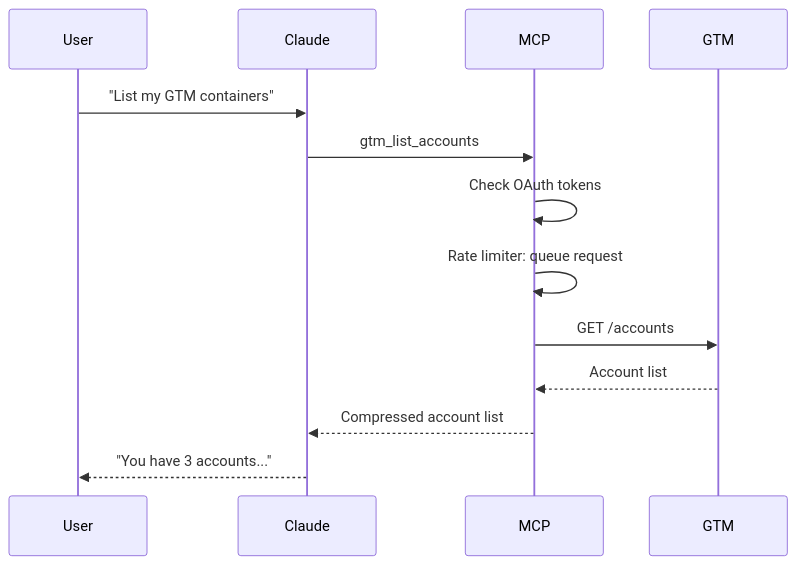
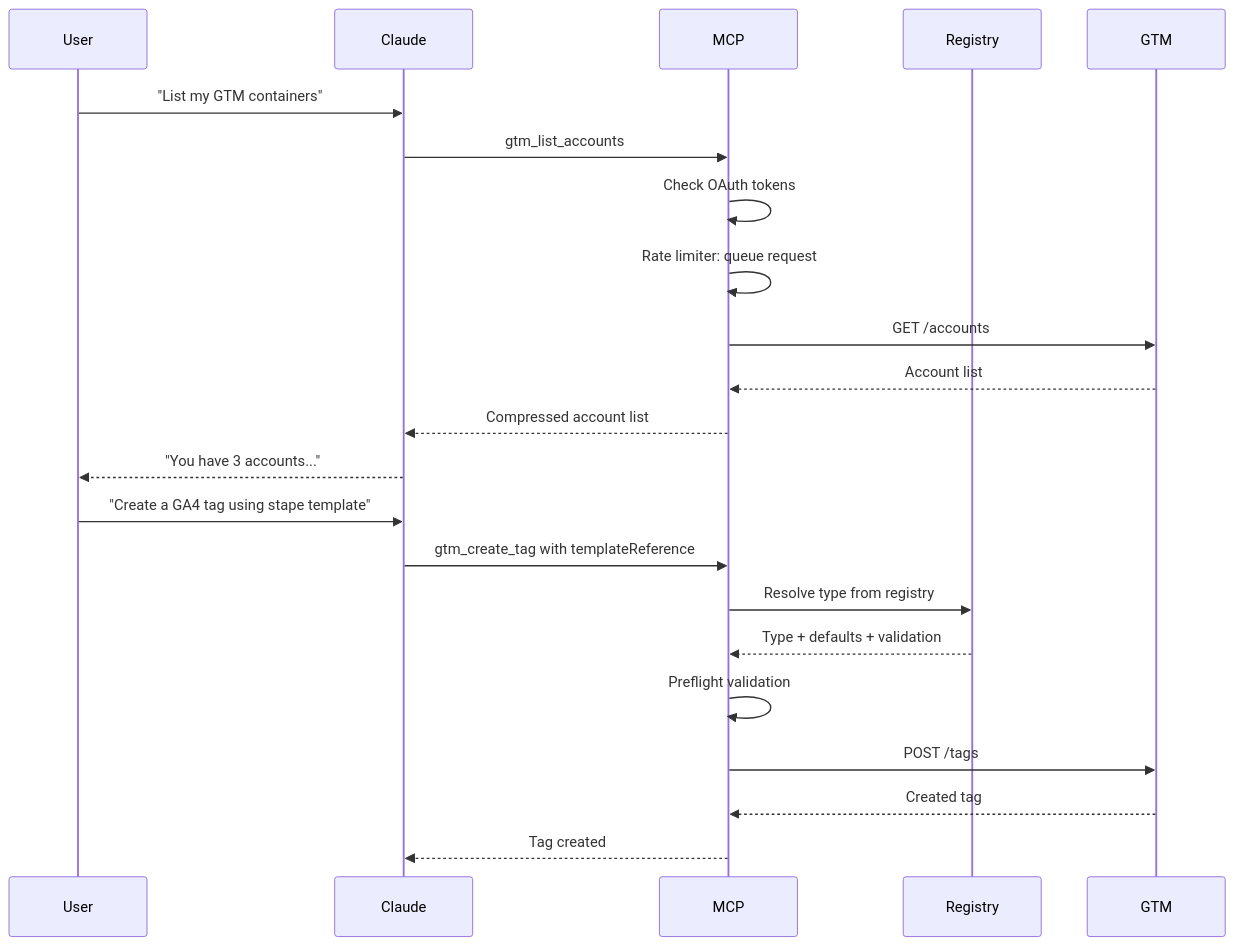
The second of 3 diagrams in docs/CODEBASE_MAP.md (banana-orama/Google-Tag-Manager-Hilfe), drawn with Mermaid before and after one commit. The commit also changed other lines of this file and 3 other files, not shown here.

First line of the commit message:
Condense GTM best practices skill and add Stape MCP Server documentation

````diff
--- a/docs/CODEBASE_MAP.md
+++ b/docs/CODEBASE_MAP.md
@@ -235,16 +250,26 @@
 ```mermaid
 sequenceDiagram
     participant User
     participant Claude
     participant MCP
+    participant Registry
     participant GTM
 
     User->>Claude: "List my GTM containers"
     Claude->>MCP: gtm_list_accounts
     MCP->>MCP: Check OAuth tokens
     MCP->>MCP: Rate limiter: queue request
     MCP->>GTM: GET /accounts
     GTM-->>MCP: Account list
     MCP-->>Claude: Compressed account list
     Claude-->>User: "You have 3 accounts..."
+    
+    User->>Claude: "Create a GA4 tag using stape template"
+    Claude->>MCP: gtm_create_tag with templateReference
+    MCP->>Registry: Resolve type from registry
+    Registry-->>MCP: Type + defaults + validation
+    MCP->>MCP: Preflight validation
+    MCP->>GTM: POST /tags
+    GTM-->>MCP: Created tag
+    MCP-->>Claude: Tag created
 ```
````
